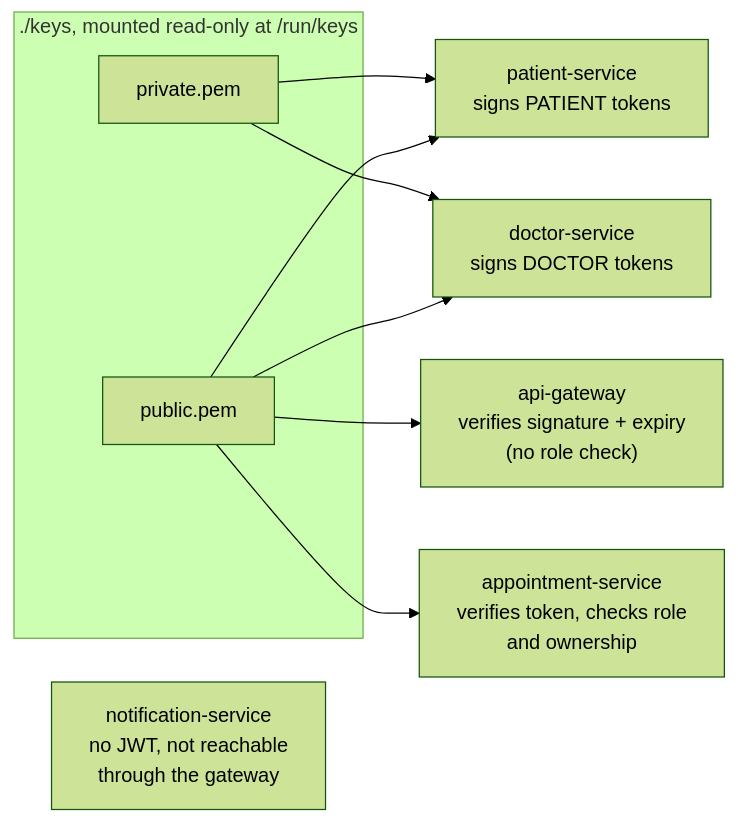
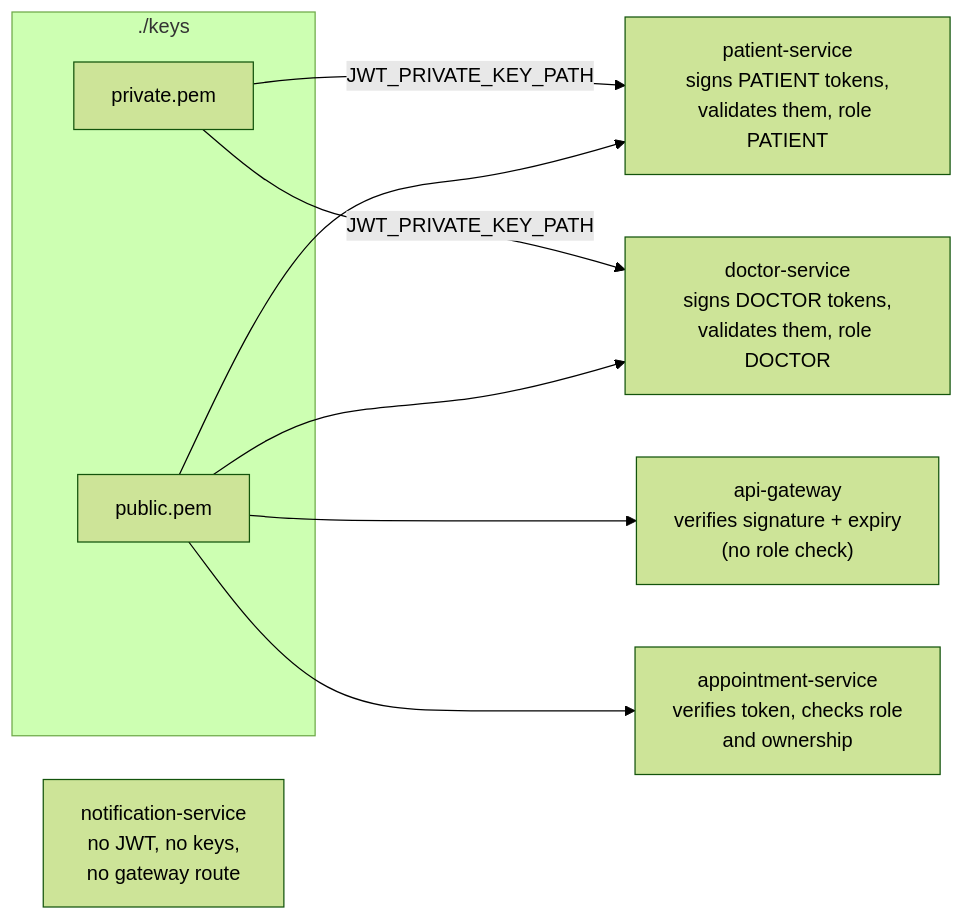
The fifth of 5 diagrams in docs/architecture/architecture.md (ayushkrsingh946/healthtech-booking), drawn with Mermaid (forest theme) before and after one commit. The commit also changed other lines of this file and 1 other file, not shown here.

First line of the commit message:
Correct the architecture docs after an independent fact-check

````diff
--- a/docs/architecture/architecture.md
+++ b/docs/architecture/architecture.md
@@ -195,20 +196,20 @@
 ```mermaid
 flowchart LR
-    subgraph keys["./keys, mounted read-only at /run/keys"]
+    subgraph keys["./keys"]
         priv["private.pem"]
         pub["public.pem"]
     end
 
-    patient["patient-service<br/>signs PATIENT tokens"]
-    doctor["doctor-service<br/>signs DOCTOR tokens"]
+    patient["patient-service<br/>signs PATIENT tokens,<br/>validates them, role PATIENT"]
+    doctor["doctor-service<br/>signs DOCTOR tokens,<br/>validates them, role DOCTOR"]
     gw["api-gateway<br/>verifies signature + expiry<br/>(no role check)"]
     appt["appointment-service<br/>verifies token, checks role<br/>and ownership"]
-    notif["notification-service<br/>no JWT, not reachable<br/>through the gateway"]
+    notif["notification-service<br/>no JWT, no keys,<br/>no gateway route"]
 
-    priv --> patient
-    priv --> doctor
+    priv -->|"JWT_PRIVATE_KEY_PATH"| patient
+    priv -->|"JWT_PRIVATE_KEY_PATH"| doctor
     pub --> patient
     pub --> doctor
     pub --> gw
     pub --> appt
 ```
````
